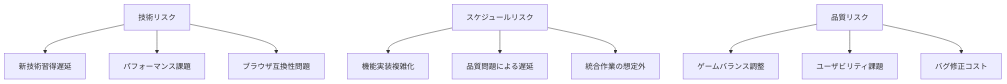
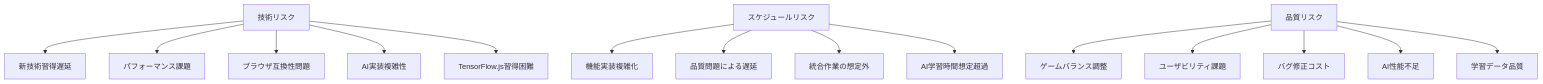
The fourth of 7 diagrams in docs/requirements/リリース計画.md (k2works/case-study-game-dev), drawn with Mermaid before and after one commit. The commit also changed other lines of this file and 8 other files, not shown here.

````diff
--- a/docs/requirements/リリース計画.md
+++ b/docs/requirements/リリース計画.md
@@ -330,14 +504,19 @@
 ```mermaid
 graph TD
     A[技術リスク] --> A1[新技術習得遅延]
     A[技術リスク] --> A2[パフォーマンス課題]
     A[技術リスク] --> A3[ブラウザ互換性問題]
+    A[技術リスク] --> A4[AI実装複雑性]
+    A[技術リスク] --> A5[TensorFlow.js習得困難]
     
     B[スケジュールリスク] --> B1[機能実装複雑化]
     B[スケジュールリスク] --> B2[品質問題による遅延]
     B[スケジュールリスク] --> B3[統合作業の想定外]
+    B[スケジュールリスク] --> B4[AI学習時間想定超過]
     
     C[品質リスク] --> C1[ゲームバランス調整]
     C[品質リスク] --> C2[ユーザビリティ課題]
     C[品質リスク] --> C3[バグ修正コスト]
+    C[品質リスク] --> C4[AI性能不足]
+    C[品質リスク] --> C5[学習データ品質]
 ```
````
